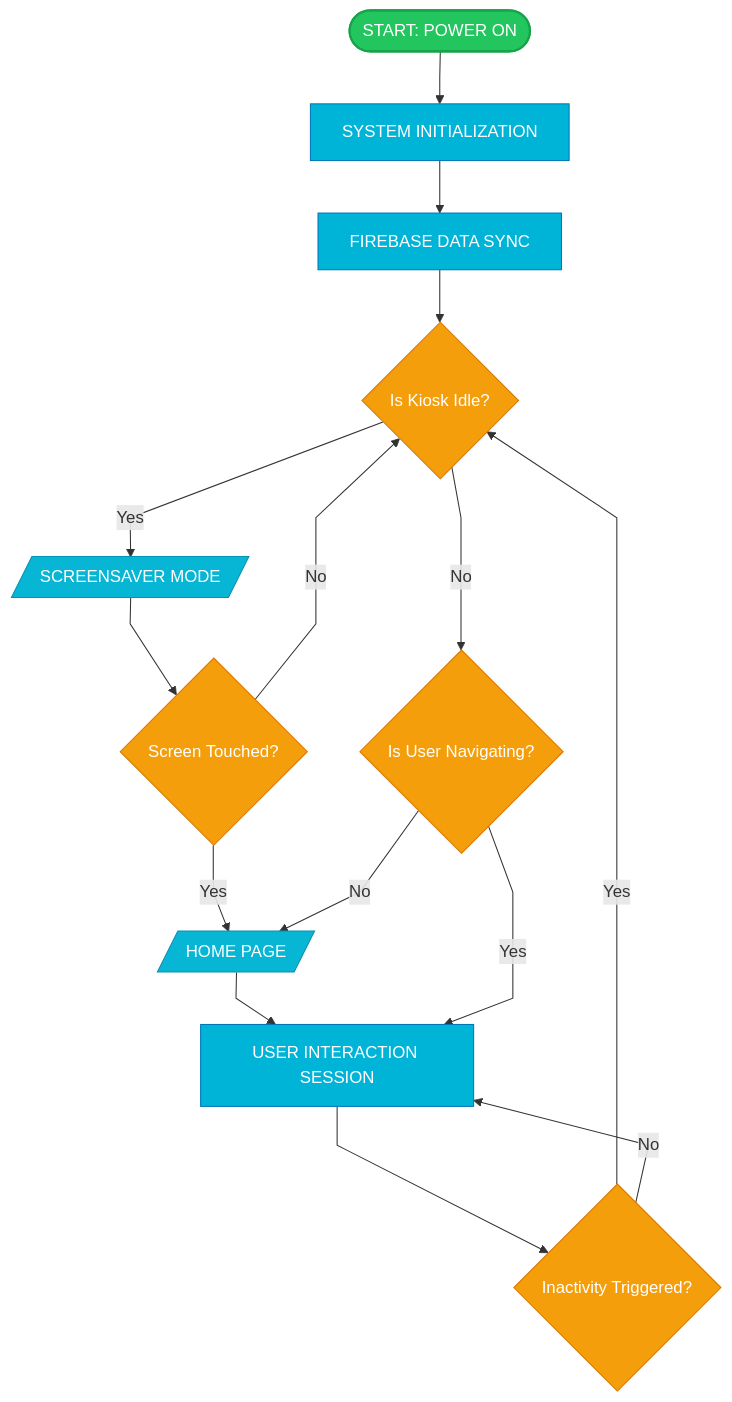
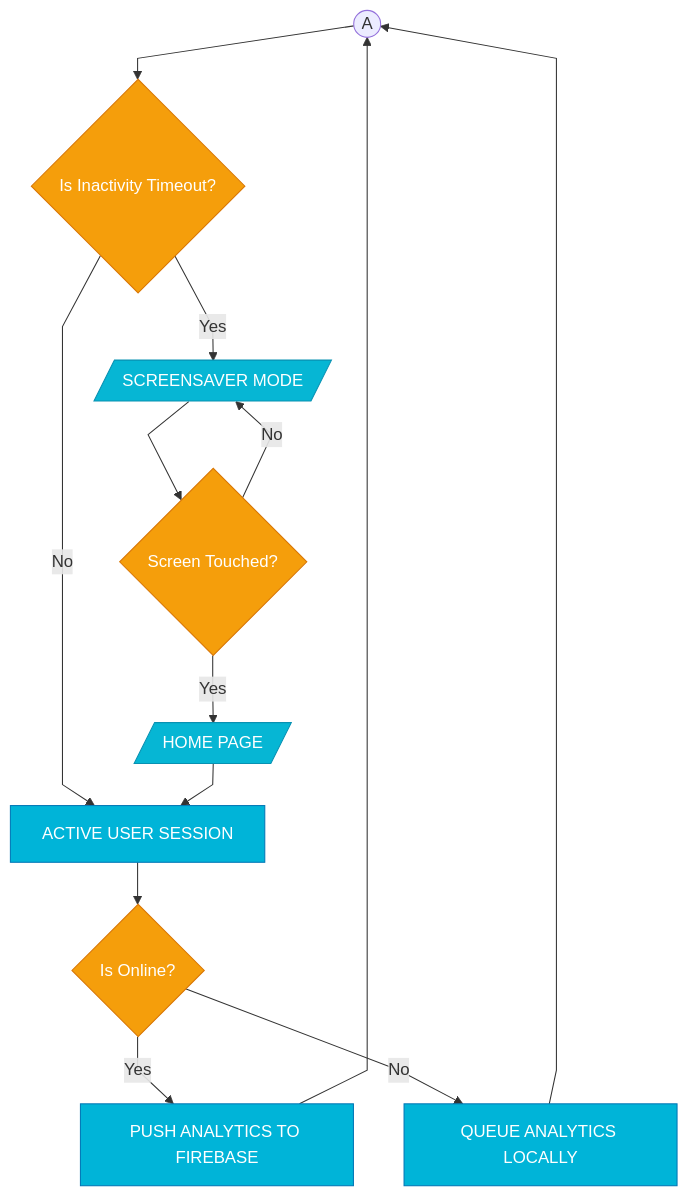
One commit to Yui1003/iCCAT changed the ninth of 11 diagrams in iCCAT-Academic-Flowcharts-Printable.md. Above: the diagram before and after it, drawn with Mermaid. The commit also changed other lines of this file and 1 other file, not shown here.

First line of the commit message:
Revise kiosk flowcharts to follow academic style guidelines

````diff
--- a/iCCAT-Academic-Flowcharts-Printable.md
+++ b/iCCAT-Academic-Flowcharts-Printable.md
@@ -275,32 +303,30 @@
 ```mermaid
-%%{init: {'flowchart': {'curve': 'linear', 'nodeSpacing': 50, 'rankSpacing': 50}}}%%
+%%{init: {'flowchart': {'curve': 'linear', 'nodeSpacing': 40, 'rankSpacing': 40}}}%%
 flowchart TB
     classDef startEnd fill:#22c55e,stroke:#16a34a,color:#fff,stroke-width:2px,rx:20,ry:20
     classDef display fill:#06b6d4,stroke:#0891b2,color:#fff
+    classDef action fill:#00b4d8,stroke:#0077b6,color:#fff
     classDef decision fill:#f59e0b,stroke:#d97706,color:#fff
-    classDef action fill:#00b4d8,stroke:#0077b6,color:#fff
     
-    START([START: POWER ON]) --> INIT[SYSTEM INITIALIZATION]
-    INIT --> SYNC[FIREBASE DATA SYNC]
-    SYNC --> IDLE_CHK{Is Kiosk Idle?}
+    CONN_A((A)) --> IDLE_CHK{Is Inactivity Timeout?}
     
     IDLE_CHK -->|Yes| SCR[/SCREENSAVER MODE/]
-    IDLE_CHK -->|No| NAV_CHK{Is User Navigating?}
+    IDLE_CHK -->|No| ACTIVE[ACTIVE USER SESSION]
     
     SCR --> WAKE{Screen Touched?}
     WAKE -->|Yes| HOME[/HOME PAGE/]
-    WAKE -->|No| IDLE_CHK
+    WAKE -->|No| SCR
     
-    HOME --> SESSION[USER INTERACTION SESSION]
-    NAV_CHK -->|Yes| SESSION
-    NAV_CHK -->|No| HOME
+    HOME --> ACTIVE
+    ACTIVE --> SYNC_CHK{Is Online?}
     
-    SESSION --> TIMEOUT{Inactivity Triggered?}
-    TIMEOUT -->|Yes| IDLE_CHK
-    TIMEOUT -->|No| SESSION
+    SYNC_CHK -->|Yes| PUSH[PUSH ANALYTICS TO FIREBASE]
+    SYNC_CHK -->|No| QUEUE[QUEUE ANALYTICS LOCALLY]
     
-    class START startEnd
-    class SCR,HOME display
-    class IDLE_CHK,NAV_CHK,WAKE,TIMEOUT decision
-    class INIT,SYNC,SESSION action
+    PUSH --> CONN_A
+    QUEUE --> CONN_A
+
+    class HOME,SCR display
+    class ACTIVE,PUSH,QUEUE action
+    class IDLE_CHK,WAKE,SYNC_CHK decision
 ```
````
